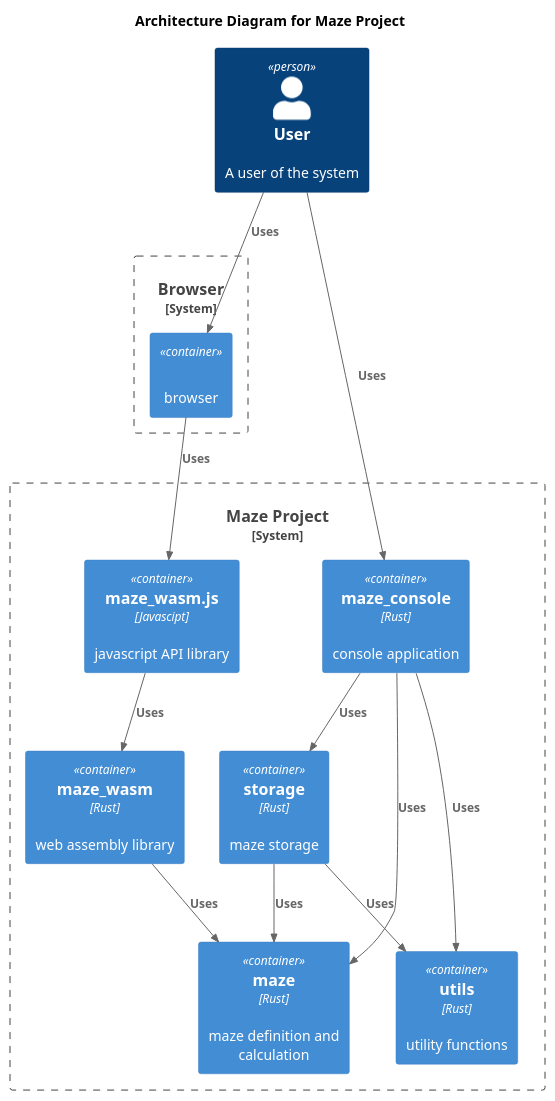
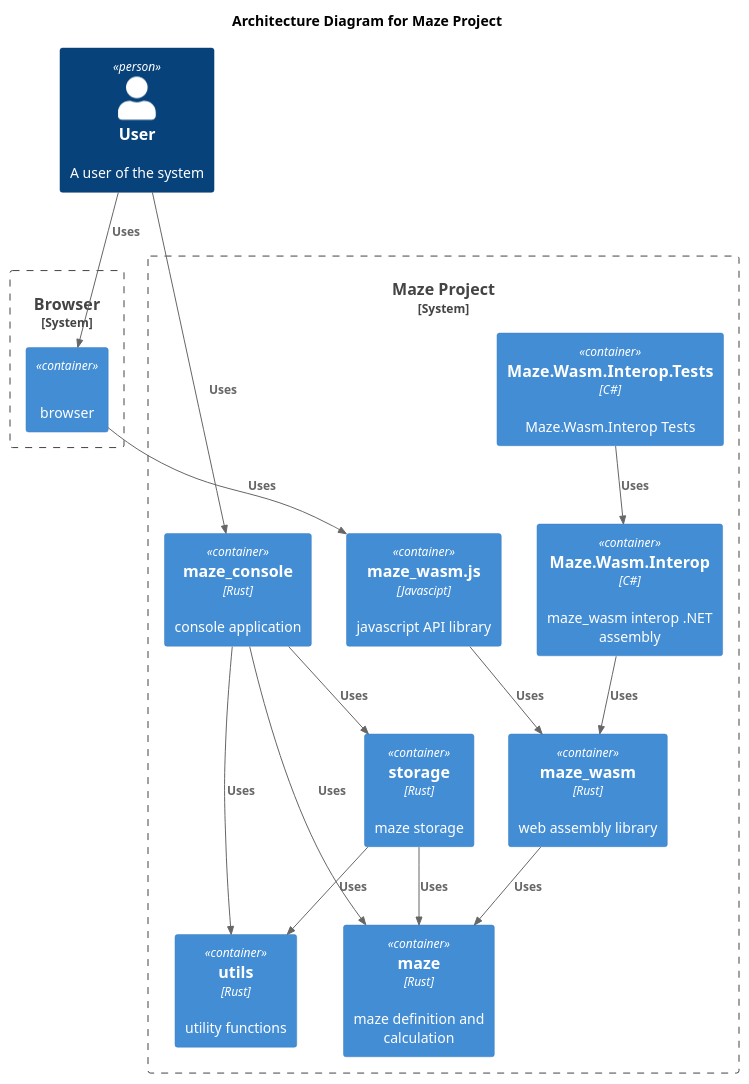
Before and after one commit to budgiedownunder/maze: the diagram in docs/diagrams/architecture.puml, drawn with PlantUML.

Commit message:
Update architecture diagram to include new C# components

```diff
--- a/docs/diagrams/architecture.puml
+++ b/docs/diagrams/architecture.puml
@@ -2,33 +2,37 @@
 @startuml
 
 !include https://raw.githubusercontent.com/plantuml-stdlib/C4-PlantUML/master/C4_Container.puml
 
 title Architecture Diagram for Maze Project
 
 Person(user, "User", "A user of the system")
 
 System_Boundary(c1, "Browser") {
     Container(browser, "", "", "browser")
 }
 
 System_Boundary(c2, "Maze Project") {
+    Container(maze_wasm_interop_net_tests, "Maze.Wasm.Interop.Tests", "C#", "Maze.Wasm.Interop Tests")
+    Container(maze_wasm_interop_net, "Maze.Wasm.Interop", "C#", "maze_wasm interop .NET assembly")
     Container(maze_wasm_js, "maze_wasm.js", "Javascipt", "javascript API library")
     Container(maze_wasm, "maze_wasm", "Rust", "web assembly library")
     Container(maze_console, "maze_console", "Rust", "console application")
     Container(storage, "storage", "Rust", "maze storage")
     Container(maze, "maze", "Rust", "maze definition and calculation")
     Container(utils, "utils", "Rust", "utility functions")
 }
 
 Rel(user, maze_console, "Uses")
 Rel(maze_console, maze, "Uses")
 Rel(maze_console, storage, "Uses")
 Rel(maze_console, utils, "Uses")
 Rel(user, browser, "Uses")
 Rel(browser, maze_wasm_js, "Uses")
+Rel(maze_wasm_interop_net_tests, maze_wasm_interop_net, "Uses")
+Rel(maze_wasm_interop_net, maze_wasm, "Uses")
 Rel(maze_wasm_js, maze_wasm, "Uses")
 Rel(maze_wasm, maze, "Uses")
 Rel(storage, maze, "Uses")
 Rel(storage, utils, "Uses")
 
 @enduml
```
